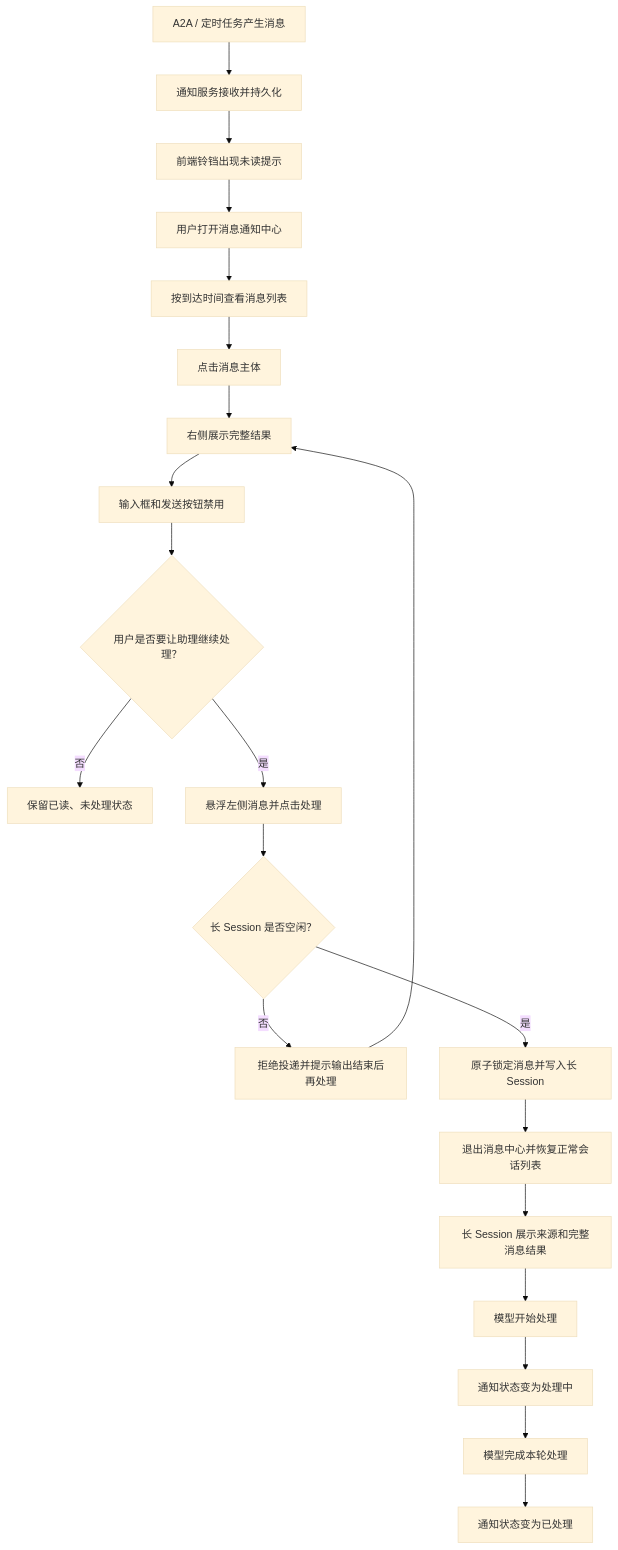
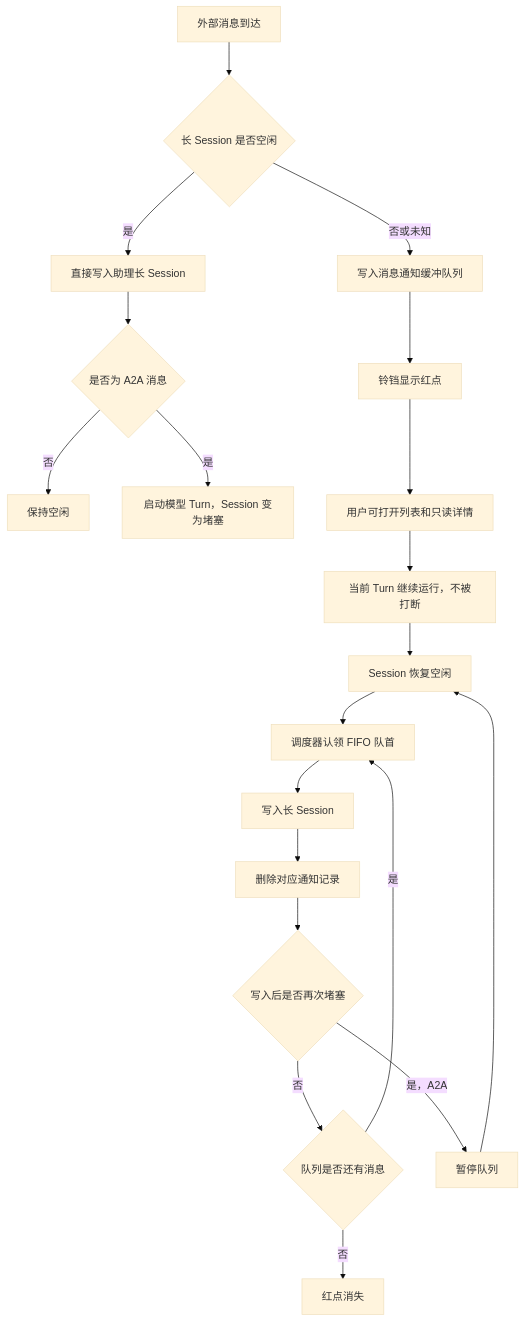
One commit to ueishinbo/SFZN-AI changed the first of 3 diagrams in docs/PRD-助理长Session消息通知中心.md. Above: the diagram before and after it, drawn with Mermaid (base theme). The commit also changed other lines of this file and 34 other files, not shown here.

````diff
--- a/docs/PRD-助理长Session消息通知中心.md
+++ b/docs/PRD-助理长Session消息通知中心.md
@@ -141,23 +128,22 @@
 ```mermaid
 flowchart TD
-    A["A2A / 定时任务产生消息"] --> B["通知服务接收并持久化"]
-    B --> C["前端铃铛出现未读提示"]
-    C --> D["用户打开消息通知中心"]
-    D --> E["按到达时间查看消息列表"]
-    E --> F["点击消息主体"]
-    F --> G["右侧展示完整结果"]
-    G --> H["输入框和发送按钮禁用"]
-    H --> I{"用户是否要让助理继续处理？"}
-    I -- "否" --> J["保留已读、未处理状态"]
-    I -- "是" --> K["悬浮左侧消息并点击处理"]
-    K --> L{"长 Session 是否空闲？"}
-    L -- "否" --> M["拒绝投递并提示输出结束后再处理"]
-    M --> G
-    L -- "是" --> N["原子锁定消息并写入长 Session"]
-    N --> O["退出消息中心并恢复正常会话列表"]
-    O --> P["长 Session 展示来源和完整消息结果"]
-    P --> Q["模型开始处理"]
-    Q --> R["通知状态变为处理中"]
-    R --> S["模型完成本轮处理"]
-    S --> T["通知状态变为已处理"]
+    A["外部消息到达"] --> B{"长 Session 是否空闲"}
+    B -- "是" --> C["直接写入助理长 Session"]
+    C --> D{"是否为 A2A 消息"}
+    D -- "否" --> E["保持空闲"]
+    D -- "是" --> F["启动模型 Turn，Session 变为堵塞"]
+    B -- "否或未知" --> G["写入消息通知缓冲队列"]
+    G --> H["铃铛显示红点"]
+    H --> I["用户可打开列表和只读详情"]
+    I --> J["当前 Turn 继续运行，不被打断"]
+    J --> K["Session 恢复空闲"]
+    K --> L["调度器认领 FIFO 队首"]
+    L --> M["写入长 Session"]
+    M --> N["删除对应通知记录"]
+    N --> O{"写入后是否再次堵塞"}
+    O -- "否" --> P{"队列是否还有消息"}
+    P -- "是" --> L
+    P -- "否" --> Q["红点消失"]
+    O -- "是，A2A" --> R["暂停队列"]
+    R --> K
 ```
````
